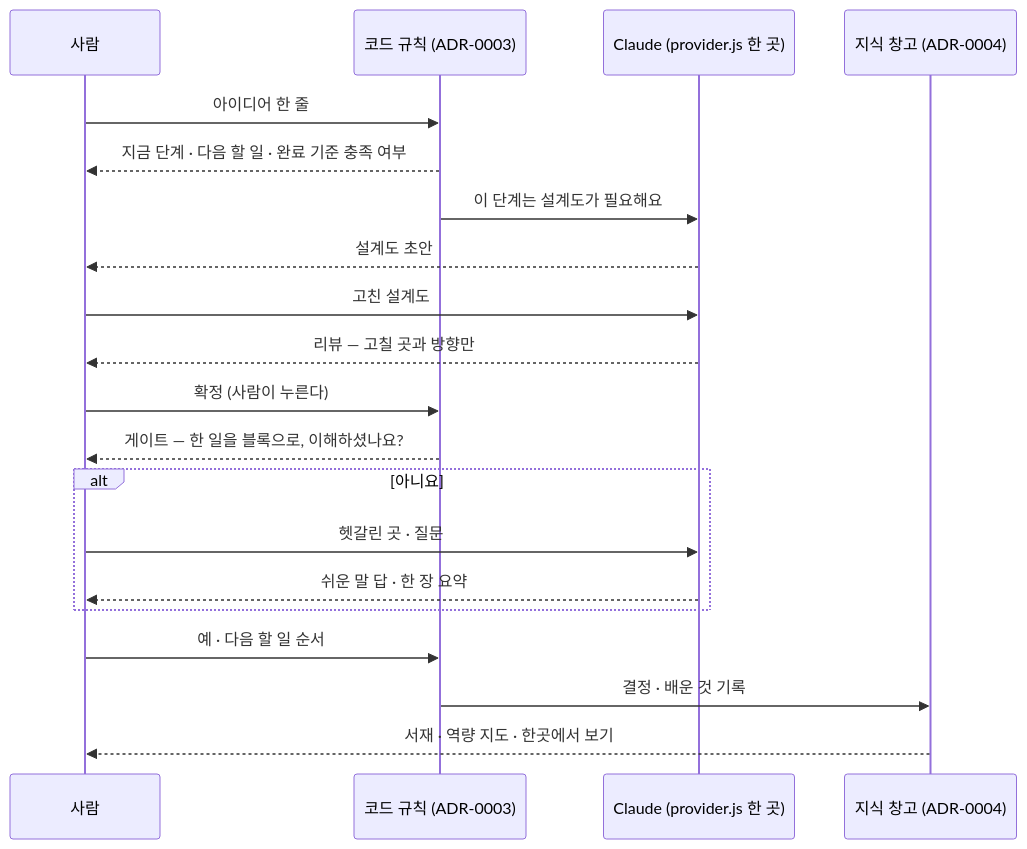
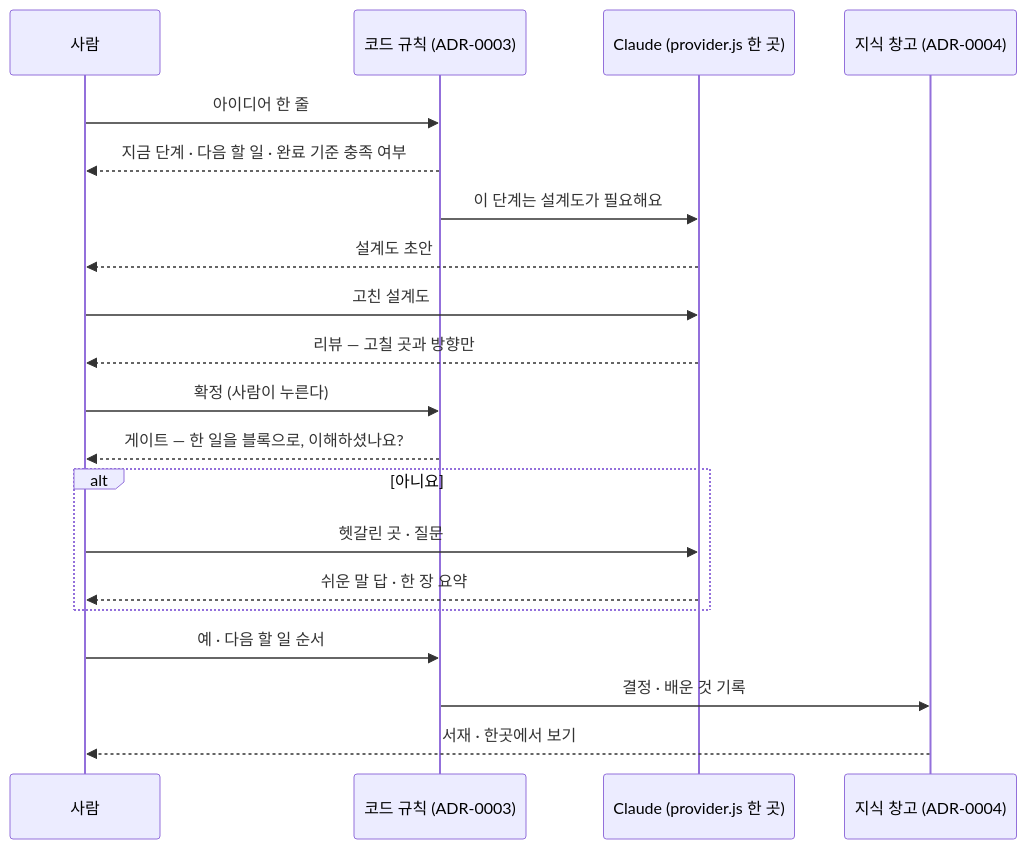
Before and after one commit to 2026-Codyssey-Final-Proj/Final-Proj: the diagram in 01-docs/04-pattern-implementation/demo-story-3min.md, drawn with Mermaid. The commit also changed other lines of this file and 55 other files, not shown here.

````diff
--- a/01-docs/04-pattern-implementation/demo-story-3min.md
+++ b/01-docs/04-pattern-implementation/demo-story-3min.md
@@ -28,22 +28,22 @@
 ```mermaid
 sequenceDiagram
   participant H as 사람
   participant R as 코드 규칙 (ADR-0003)
   participant A as Claude (provider.js 한 곳)
   participant K as 지식 창고 (ADR-0004)
   H->>R: 아이디어 한 줄
   R-->>H: 지금 단계 · 다음 할 일 · 완료 기준 충족 여부
   R->>A: 이 단계는 설계도가 필요해요
   A-->>H: 설계도 초안
   H->>A: 고친 설계도
   A-->>H: 리뷰 — 고칠 곳과 방향만
   H->>R: 확정 (사람이 누른다)
   R-->>H: 게이트 — 한 일을 블록으로, 이해하셨나요?
   alt 아니요
     H->>A: 헷갈린 곳 · 질문
     A-->>H: 쉬운 말 답 · 한 장 요약
   end
   H->>R: 예 · 다음 할 일 순서
   R->>K: 결정 · 배운 것 기록
-  K-->>H: 서재 · 역량 지도 · 한곳에서 보기
+  K-->>H: 서재 · 한곳에서 보기
 ```
````
